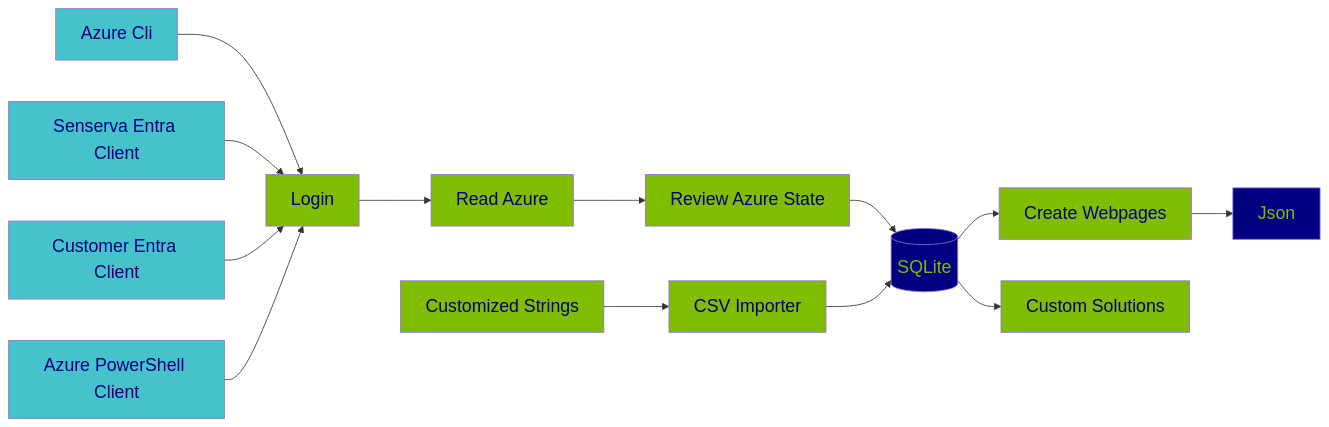
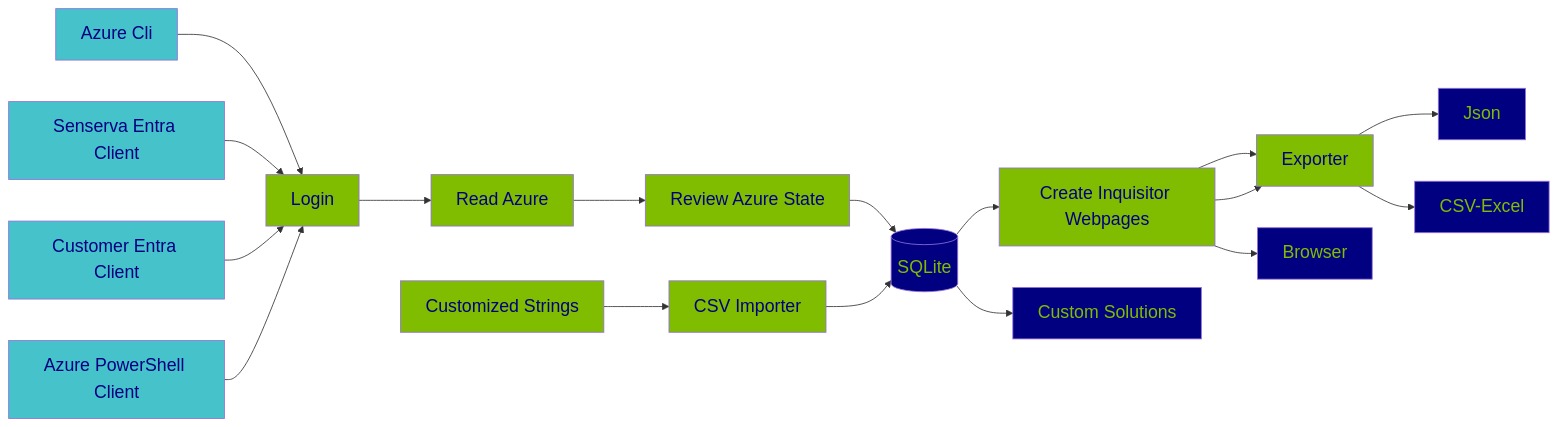
One commit to Senserva-LLC/Senserva-Inquisitor changed the first of 2 diagrams in README.md. Above: the diagram before and after it, drawn with Mermaid. The commit also changed other lines of this file, not shown here.

````diff
--- a/README.md
+++ b/README.md
@@ -101,27 +126,33 @@
 ```mermaid
 
 graph LR;
-    Login --> read-azure[Read Azure] --> Review-Azure-State[Review Azure State] --> Database[(SQLite)] --> Create-Webpages[Create Webpages];
+    Login --> read-azure[Read Azure] --> Review-Azure-State[Review Azure State] --> Database[(SQLite)] --> Create-Webpages[Create Inquisitor Webpages];
     Azure-Cli-Client[Azure Cli] -->Login;
     Senserva-EntraID-Client[Senserva Entra Client] -->Login;
     Customer-EntraID-Client[Customer Entra Client] -->Login;
     Powershell-Cli-Client[Azure PowerShell Client] -->Login;
     User-Customized-Strings[Customized Strings] --> CSV-Importer[CSV Importer];
-    CSV-Importer --> Database[(SQLite)]
-    Create-Webpages --> Json;
-    Database[(SQLite)] --> Custom-Solutions[Custom Solutions]
+    CSV-Importer --> Database[(SQLite)];
+    Create-Webpages --> Exporter --> Json;
+    Create-Webpages --> Exporter --> CSV-Excel;
+    Create-Webpages --> Browser;
+    Database[(SQLite)] --> Custom-Solutions[Custom Solutions];
 style Login fill:#80BC00,color:#000080,font-size:16pt
 style Customer-EntraID-Client fill:#46C2CB,color:#000080,font-size:16pt
 style Azure-Cli-Client fill:#46C2CB,color:#000080,font-size:16pt
 style Senserva-EntraID-Client fill:#46C2CB,color:#000080,font-size:16pt
 style Powershell-Cli-Client fill:#46C2CB,color:#000080,font-size:16pt
 style CSV-Importer fill:#80BC00,color:#000080,font-size:16pt
 style Create-Webpages fill:#80BC00,color:#000080,font-size:16pt
 style Database fill:#000080,color:#80BC00,font-size:16pt
-style Custom-Solutions fill:#80BC00,color:#000080,font-size:16pt
+style Custom-Solutions fill:#000080,color:#80BC00,font-size:16pt
 style Create-Webpages fill:#80BC00,color:#000080,font-size:16pt
 style Review-Azure-State fill:#80BC00,color:#000080,font-size:16pt
 style read-azure fill:#80BC00,color:#000080,font-size:16pt
 style User-Customized-Strings fill:#80BC00,color:#000080,font-size:16pt
 style Json fill:#000080,color:#80BC00,font-size:16pt
+style CSV-Excel fill:#000080,color:#80BC00,font-size:16pt
+style Exporter fill:#80BC00,color:#000080,font-size:16pt
+style Browser fill:#000080,color:#80BC00,font-size:16pt
+
 ```
````
